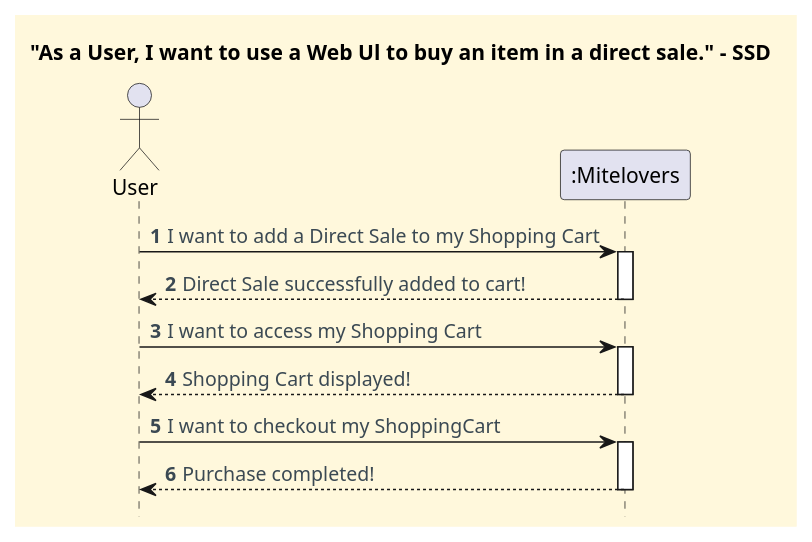
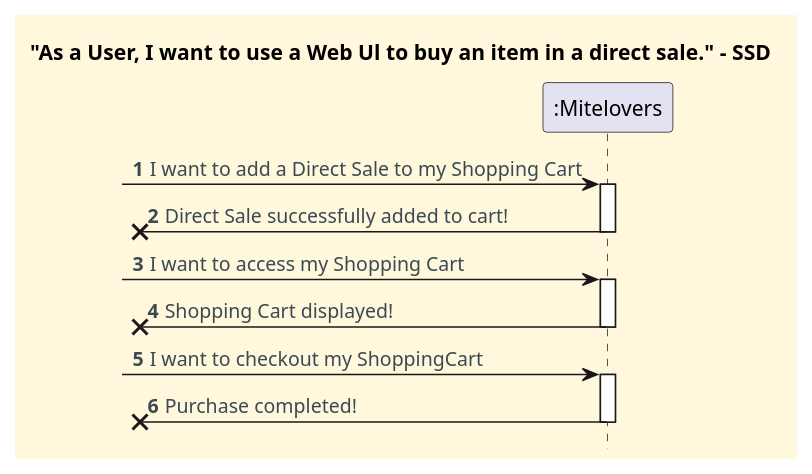
The diagram in docs/client-server-diagrams/buy-item-on-direct-sale/Process_View_SSD.puml (CarolinaLeite-collab/JavaMarketplacePlatform), drawn with PlantUML before and after one commit.

Commit message:
docs: updated Process View Diagram level 1 for buy an item in a direct sale functionality, refs #1121

```diff
--- a/docs/client-server-diagrams/buy-item-on-direct-sale/Process_View_SSD.puml
+++ b/docs/client-server-diagrams/buy-item-on-direct-sale/Process_View_SSD.puml
@@ -1,40 +1,39 @@
 @startuml
 
 '==== basic style ====
 hide stereotype
 skinparam monochrome false
 skinparam shadowing false
 skinparam defaultFontName Futura
 skinparam objectFontSize 20
 skinparam backgroundColor CornSilk
 skinparam objectBackgroundColor WhiteSmoke
 skinparam noteBackgroundColor #FFFFE0
 skinparam ArrowFontColor #3B4953
 skinparam ActivationBackgroundColor black
 hidefootbox
 
 autonumber
 
 title "As a User, I want to use a Web Ul to buy an item in a direct sale." - SSD
 
 ' --- Actor and participants ---
 
-actor User
 participant ":Mitelovers" as mite
 
-User -> mite : I want to add a Direct Sale to my Shopping Cart
+[-> mite : I want to add a Direct Sale to my Shopping Cart
 activate mite
-mite --> User : Direct Sale successfully added to cart!
+mite ->x[ : Direct Sale successfully added to cart!
 deactivate mite
 
-User -> mite : I want to access my Shopping Cart
+[-> mite : I want to access my Shopping Cart
 activate mite
-mite --> User : Shopping Cart displayed!
+mite ->x[ : Shopping Cart displayed!
 deactivate mite
 
-User -> mite : I want to checkout my ShoppingCart
+[-> mite : I want to checkout my ShoppingCart
 activate mite
-mite --> User : Purchase completed!
+mite ->x[ : Purchase completed!
 deactivate mite
 
 @enduml
```
